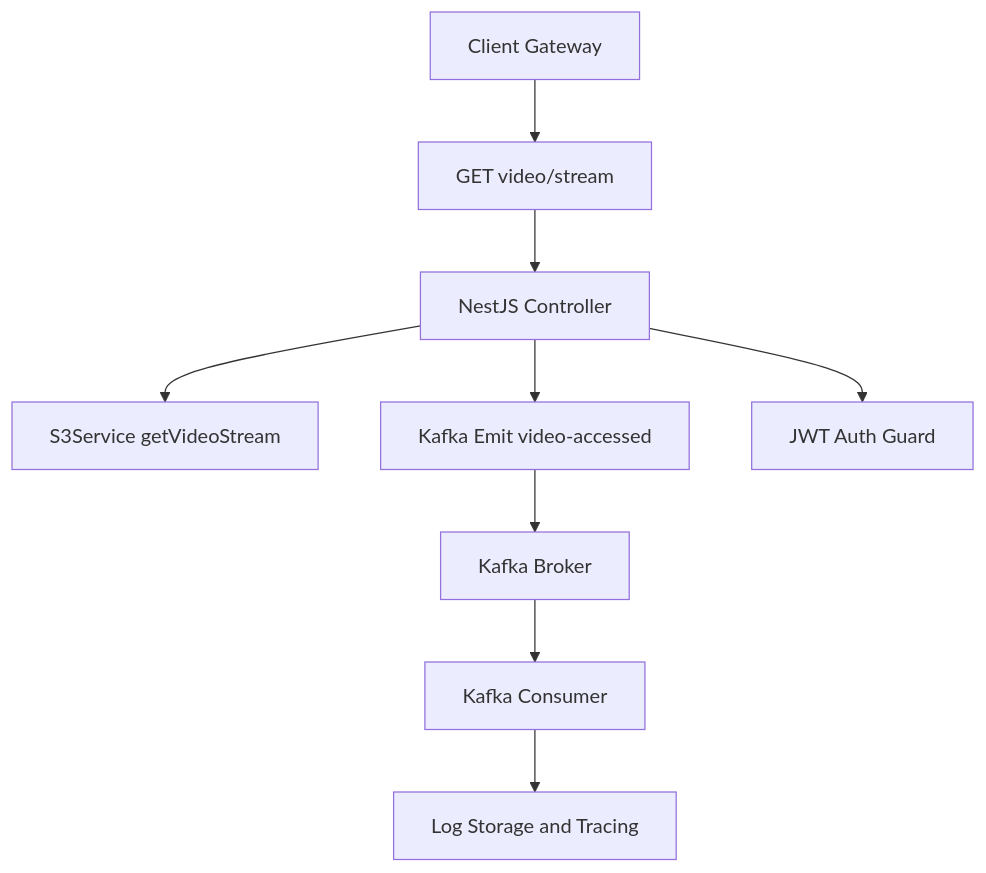
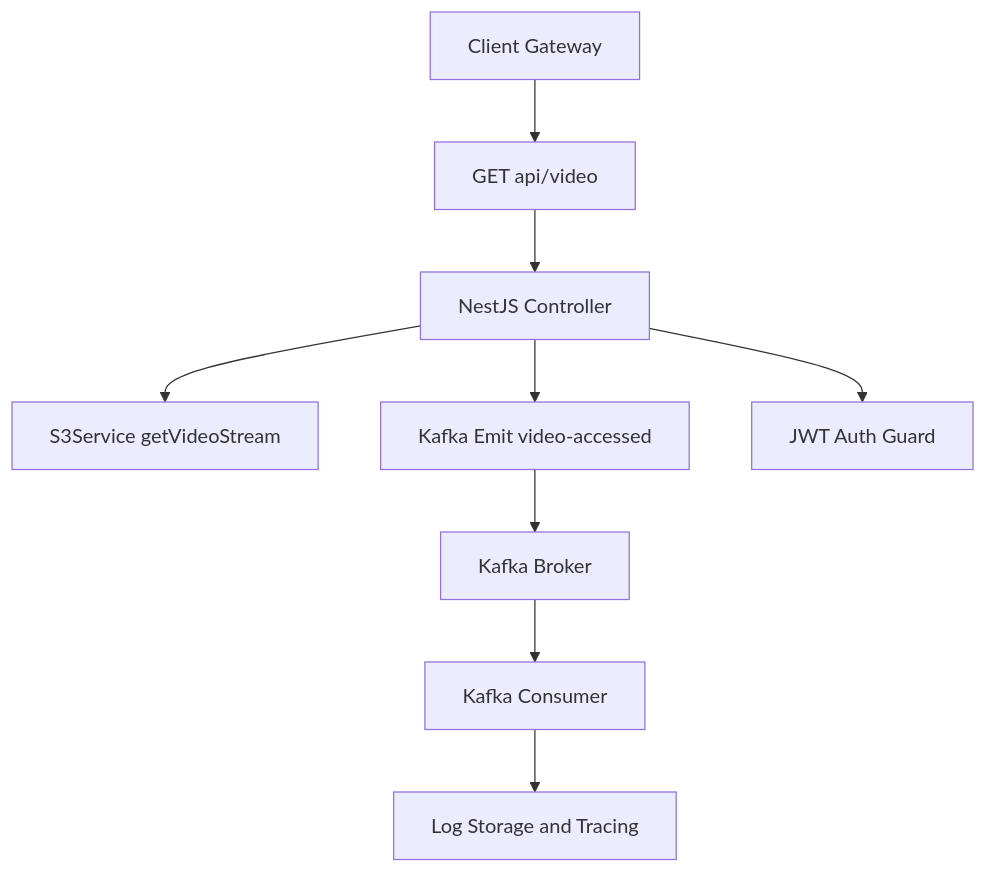
One commit to henriqueViana/watch-video-api changed the diagram in README.md. Above: the diagram before and after it, drawn with Mermaid.

Commit message:
docs: WIP docs improvements

````diff
--- a/README.md
+++ b/README.md
@@ -19,11 +19,11 @@
 ```mermaid
 graph TD
-  A[Client Gateway] --> B[GET video/stream]
+  A[Client Gateway] --> B[GET api/video]
   B --> C[NestJS Controller]
   C --> D[S3Service getVideoStream]
   C --> E[Kafka Emit video-accessed]
   E --> F[Kafka Broker]
   F --> G[Kafka Consumer]
   G --> H[Log Storage and Tracing]
   C --> I[JWT Auth Guard]
 ```
````
